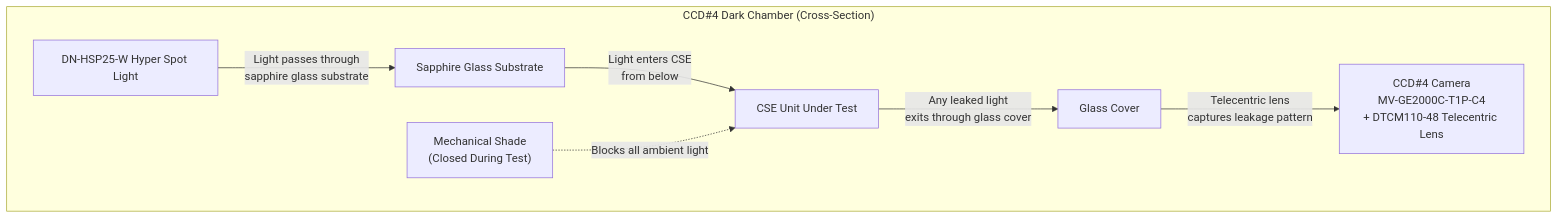
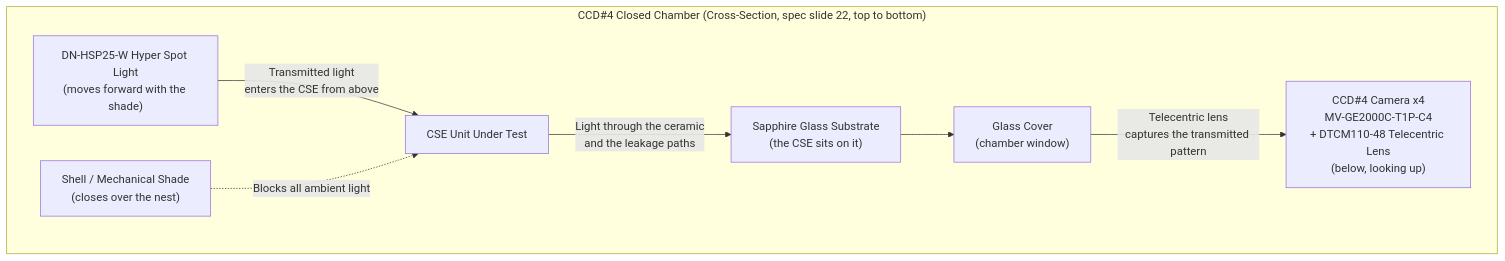
The first of 3 diagrams in docs/vision-system.md (Rongxuan-Zhou/AOI-sys-for-TI), drawn with Mermaid before and after one commit. The commit also changed other lines of this file and 8 other files, not shown here.

````diff
--- a/docs/vision-system.md
+++ b/docs/vision-system.md
@@ -130,17 +131,17 @@
 ```mermaid
 graph TD
-    subgraph "CCD#4 Dark Chamber (Cross-Section)"
-        CAM["CCD#4 Camera<br/>MV-GE2000C-T1P-C4<br/>+ DTCM110-48 Telecentric Lens"]
-        GC["Glass Cover"]
+    subgraph "CCD#4 Closed Chamber (Cross-Section, spec slide 22, top to bottom)"
+        LS["DN-HSP25-W Hyper Spot Light<br/>(moves forward with the shade)"]
+        SHADE["Shell / Mechanical Shade<br/>(closes over the nest)"]
         CSE["CSE Unit Under Test"]
-        SG["Sapphire Glass Substrate"]
-        LS["DN-HSP25-W Hyper Spot Light"]
-        SHADE["Mechanical Shade<br/>(Closed During Test)"]
+        SG["Sapphire Glass Substrate<br/>(the CSE sits on it)"]
+        GC["Glass Cover<br/>(chamber window)"]
+        CAM["CCD#4 Camera x4<br/>MV-GE2000C-T1P-C4<br/>+ DTCM110-48 Telecentric Lens<br/>(below, looking up)"]
     end
-    
-    LS -->|"Light passes through<br/>sapphire glass substrate"| SG
-    SG -->|"Light enters CSE<br/>from below"| CSE
-    CSE -->|"Any leaked light<br/>exits through glass cover"| GC
-    GC -->|"Telecentric lens<br/>captures leakage pattern"| CAM
+
+    LS -->|"Transmitted light<br/>enters the CSE from above"| CSE
+    CSE -->|"Light through the ceramic<br/>and the leakage paths"| SG
+    SG --> GC
+    GC -->|"Telecentric lens<br/>captures the transmitted pattern"| CAM
     SHADE -.->|"Blocks all ambient light"| CSE
 ```
````
